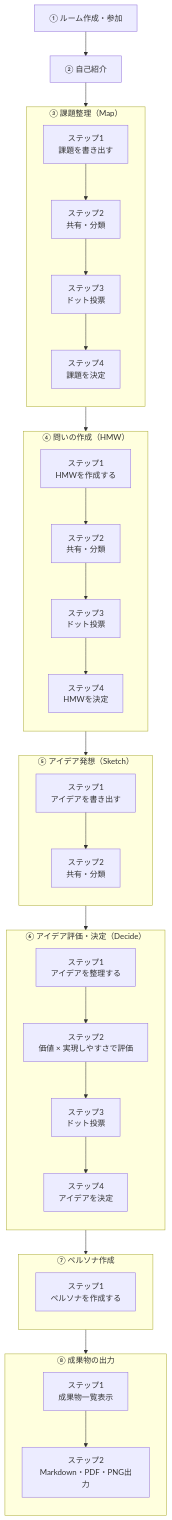
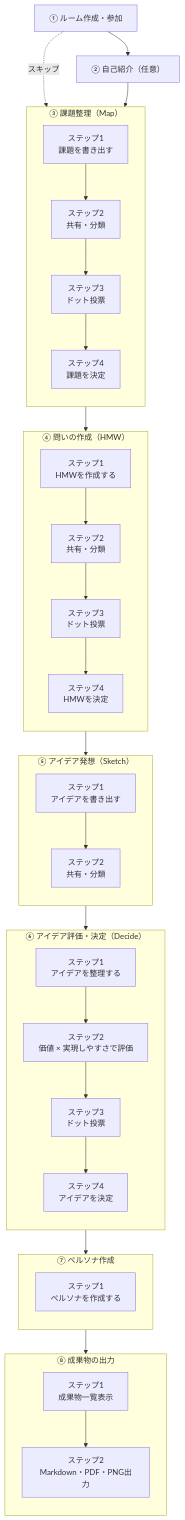
Before and after one commit to engineer-first/idea-flow-app: the diagram in docs/ds-flow.md, drawn with Mermaid.

Commit message:
自己紹介のスキップついか

````diff
--- a/docs/ds-flow.md
+++ b/docs/ds-flow.md
@@ -3,70 +3,71 @@
 ```mermaid
 flowchart TD
 
 A[① ルーム作成・参加]
-B[② 自己紹介]
+B[② 自己紹介（任意）]
 
 A --> B
+A -.スキップ.-> C
 B --> C
 
 subgraph C["③ 課題整理（Map）"]
 direction TB
 C1[ステップ1<br>課題を書き出す]
 C2[ステップ2<br>共有・分類]
 C3[ステップ3<br>ドット投票]
 C4[ステップ4<br>課題を決定]
 
 C1 --> C2 --> C3 --> C4
 end
 
 C --> D
 
 subgraph D["④ 問いの作成（HMW）"]
 direction TB
 D1[ステップ1<br>HMWを作成する]
 D2[ステップ2<br>共有・分類]
 D3[ステップ3<br>ドット投票]
 D4[ステップ4<br>HMWを決定]
 
 D1 --> D2 --> D3 --> D4
 end
 
 D --> E
 
 subgraph E["⑤ アイデア発想（Sketch）"]
 direction TB
 E1[ステップ1<br>アイデアを書き出す]
 E2[ステップ2<br>共有・分類]
 
 E1 --> E2
 end
 
 E --> F
 
 subgraph F["⑥ アイデア評価・決定（Decide）"]
 direction TB
 F1[ステップ1<br>アイデアを整理する]
 F2[ステップ2<br>価値 × 実現しやすさで評価]
 F3[ステップ3<br>ドット投票]
 F4[ステップ4<br>アイデアを決定]
 
 F1 --> F2 --> F3 --> F4
 end
 
 F --> G
 
 subgraph G["⑦ ペルソナ作成"]
 direction TB
 G1[ステップ1<br>ペルソナを作成する]
 end
 
 G --> H
 
 subgraph H["⑧ 成果物の出力"]
 direction TB
 H1[ステップ1<br>成果物一覧表示]
 H2[ステップ2<br>Markdown・PDF・PNG出力]
 
 H1 --> H2
 end
 ```
````
